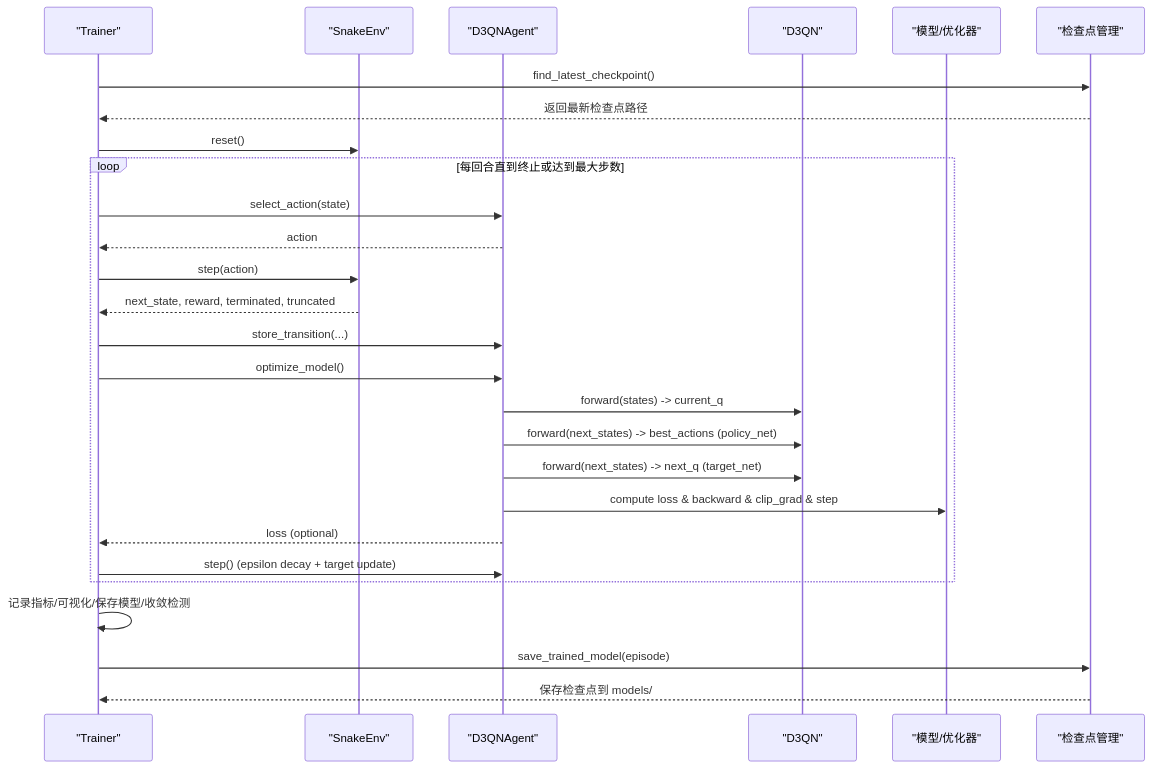
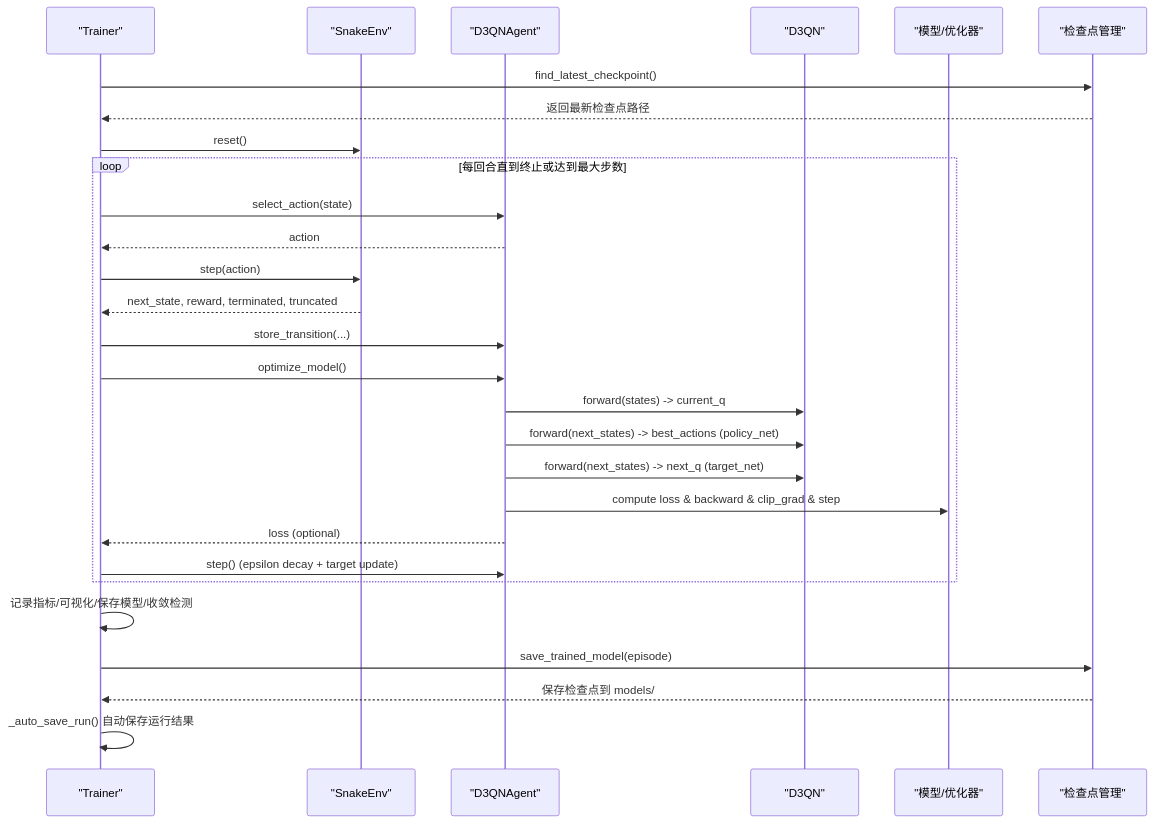
The second of 8 diagrams in .qoder/repowiki/zh/content/训练系统.md (fuweiq94-cloud/3399180760000), drawn with Mermaid before and after one commit. The commit also changed other lines of this file and 75 other files, not shown here.

````diff
--- a/.qoder/repowiki/zh/content/训练系统.md
+++ b/.qoder/repowiki/zh/content/训练系统.md
@@ -109,29 +113,30 @@
 ```mermaid
 sequenceDiagram
 participant T as "Trainer"
 participant E as "SnakeEnv"
 participant A as "D3QNAgent"
 participant N as "D3QN"
 participant M as "模型/优化器"
 participant C as "检查点管理"
 T->>C : find_latest_checkpoint()
 C-->>T : 返回最新检查点路径
 T->>E : reset()
 loop 每回合直到终止或达到最大步数
 T->>A : select_action(state)
 A-->>T : action
 T->>E : step(action)
 E-->>T : next_state, reward, terminated, truncated
 T->>A : store_transition(...)
 T->>A : optimize_model()
 A->>N : forward(states) -> current_q
 A->>N : forward(next_states) -> best_actions (policy_net)
 A->>N : forward(next_states) -> next_q (target_net)
 A->>M : compute loss & backward & clip_grad & step
 A-->>T : loss (optional)
 T->>A : step() (epsilon decay + target update)
 end
 T->>T : 记录指标/可视化/保存模型/收敛检测
 T->>C : save_trained_model(episode)
 C-->>T : 保存检查点到 models/
+T->>T : _auto_save_run() 自动保存运行结果
 ```
````
